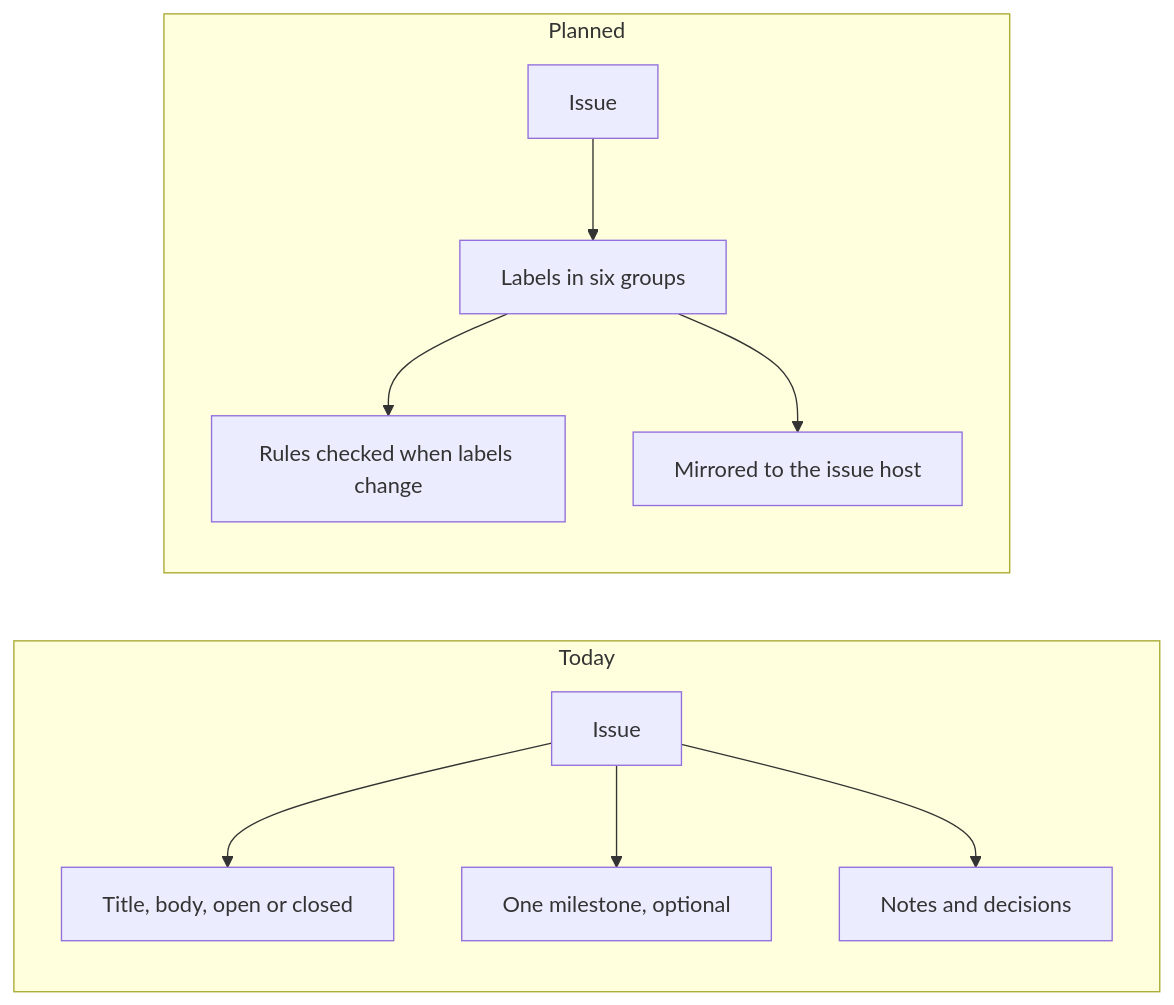
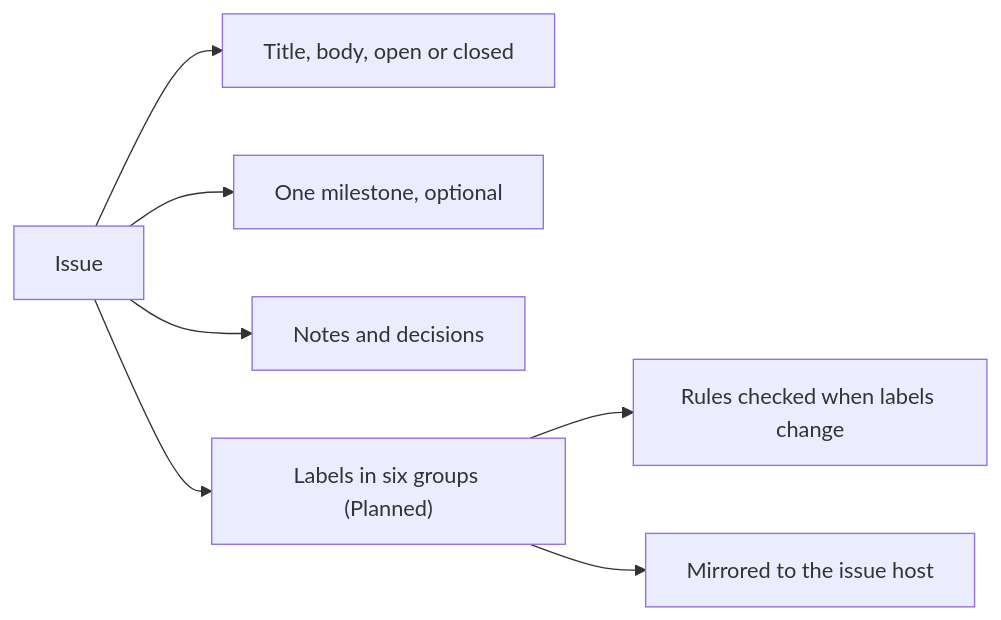
One commit to trustmybot/tmb changed the first of 2 diagrams in docs/architecture/ISSUES.md. Above: the diagram before and after it, drawn with Mermaid. The commit also changed other lines of this file and 20 other files, not shown here.

````diff
--- a/docs/architecture/ISSUES.md
+++ b/docs/architecture/ISSUES.md
@@ -9,13 +9,9 @@
 ```mermaid
 flowchart LR
-    subgraph Today
-        I[Issue] --> T["Title, body, open or closed"]
-        I --> M["One milestone, optional"]
-        I --> N["Notes and decisions"]
-    end
-    subgraph Planned
-        I2[Issue] --> L["Labels in six groups"]
-        L --> R["Rules checked when labels change"]
-        L --> H["Mirrored to the issue host"]
-    end
+    I[Issue] --> T["Title, body, open or closed"]
+    I --> M["One milestone, optional"]
+    I --> N["Notes and decisions"]
+    I --> L["Labels in six groups (Planned)"]
+    L --> R["Rules checked when labels change"]
+    L --> H["Mirrored to the issue host"]
 ```
````
